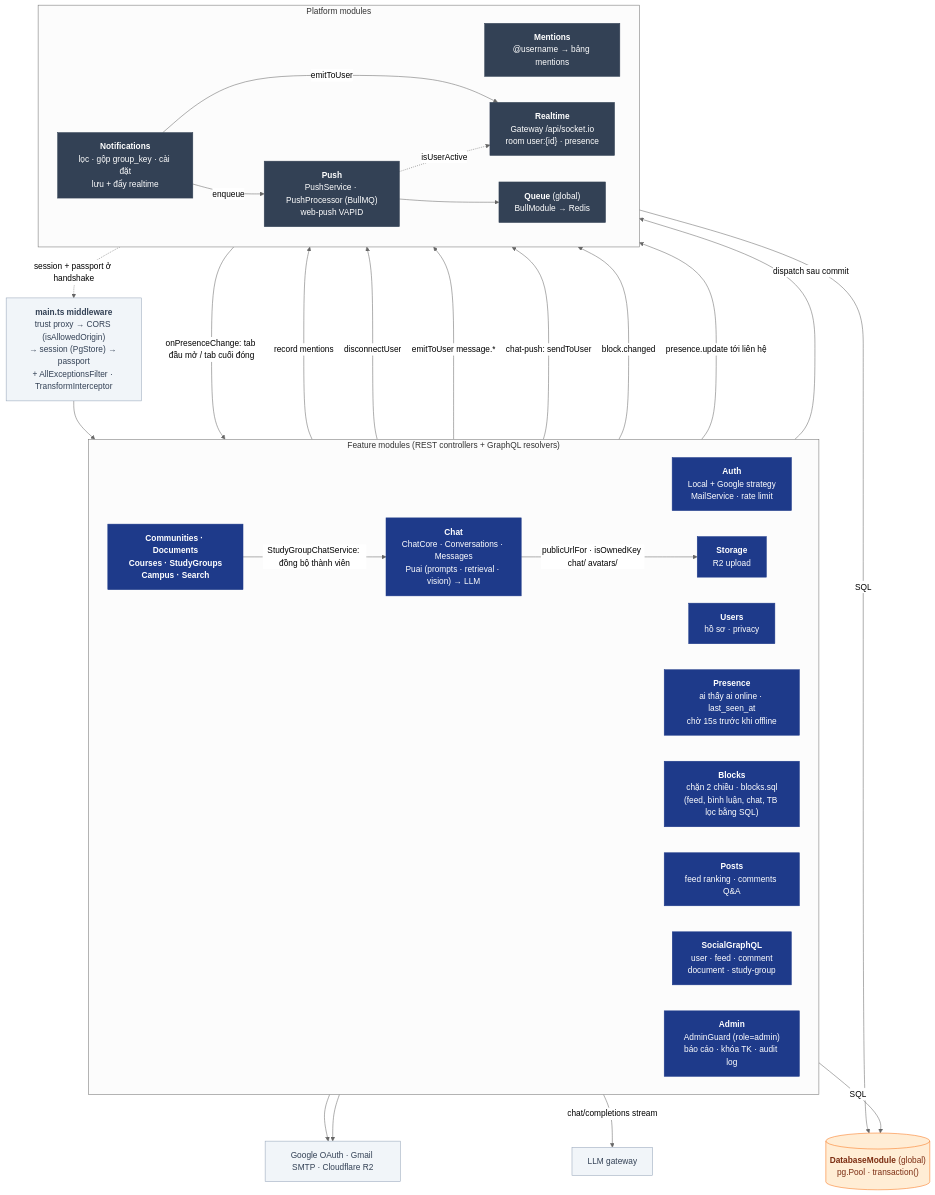
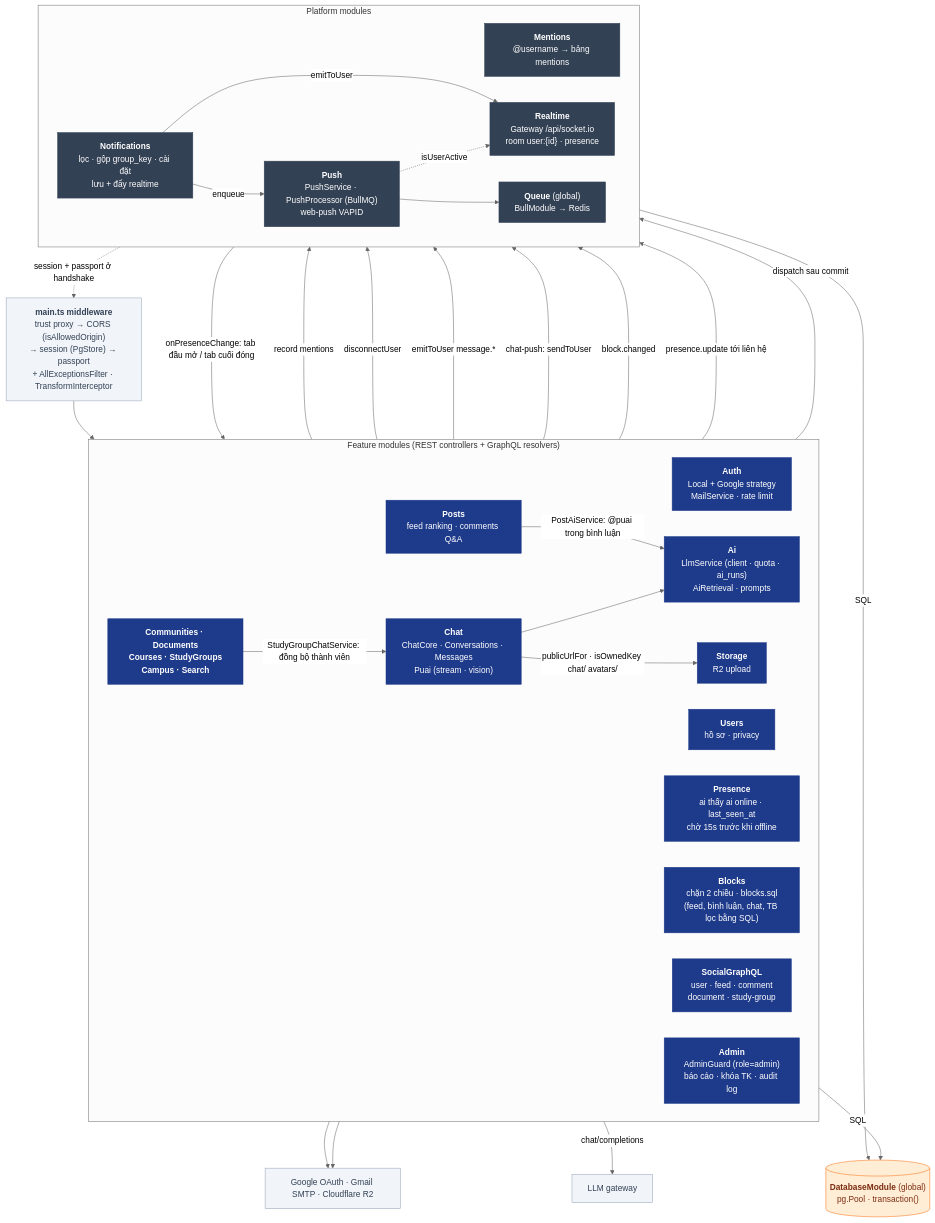
One commit to nhatcoi/pu-connect changed the diagram in docs/diagrams/03-api-components.md. Above: the diagram before and after it, drawn with Mermaid (neutral theme). The commit also changed other lines of this file and 2 other files, not shown here.

Commit message:
docs(ai): document @puai in comments and the shared AI module

````diff
--- a/docs/diagrams/03-api-components.md
+++ b/docs/diagrams/03-api-components.md
@@ -7,58 +7,61 @@
 ```mermaid
 flowchart TB
   mw["<b>main.ts middleware</b><br/>trust proxy → CORS (isAllowedOrigin)<br/>→ session (PgStore) → passport<br/>+ AllExceptionsFilter · TransformInterceptor"]
 
   subgraph Feature["Feature modules (REST controllers + GraphQL resolvers)"]
     direction LR
     auth["<b>Auth</b><br/>Local + Google strategy<br/>MailService · rate limit"]
     users["<b>Users</b><br/>hồ sơ · privacy"]
     presence["<b>Presence</b><br/>ai thấy ai online · last_seen_at<br/>chờ 15s trước khi offline"]
     blocks["<b>Blocks</b><br/>chặn 2 chiều · blocks.sql<br/>(feed, bình luận, chat, TB lọc bằng SQL)"]
     posts["<b>Posts</b><br/>feed ranking · comments Q&A"]
     gql["<b>SocialGraphQL</b><br/>user · feed · comment<br/>document · study-group"]
     others["<b>Communities · Documents<br/>Courses · StudyGroups<br/>Campus · Search</b>"]
     storage["<b>Storage</b><br/>R2 upload"]
     admin["<b>Admin</b><br/>AdminGuard (role=admin)<br/>báo cáo · khóa TK · audit log"]
-    chat["<b>Chat</b><br/>ChatCore · Conversations · Messages<br/>Puai (prompts · retrieval · vision) → LLM"]
+    chat["<b>Chat</b><br/>ChatCore · Conversations · Messages<br/>Puai (stream · vision)"]
+    ai["<b>Ai</b><br/>LlmService (client · quota · ai_runs)<br/>AiRetrieval · prompts"]
   end
 
   subgraph Platform["Platform modules"]
     direction LR
     mentions["<b>Mentions</b><br/>@username → bảng mentions"]
     notif["<b>Notifications</b><br/>lọc · gộp group_key · cài đặt<br/>lưu + đẩy realtime"]
     rt["<b>Realtime</b><br/>Gateway /api/socket.io<br/>room user:{id} · presence"]
     push["<b>Push</b><br/>PushService · PushProcessor (BullMQ)<br/>web-push VAPID"]
     queue["<b>Queue</b> (global)<br/>BullModule → Redis"]
   end
 
   db[("<b>DatabaseModule</b> (global)<br/>pg.Pool · transaction()")]
   ext["Google OAuth · Gmail SMTP · Cloudflare R2"]
 
   mw --> Feature
   posts -->|record mentions| mentions
   Feature -->|dispatch sau commit| notif -->|emitToUser| rt
   notif -->|enqueue| push --> queue
   push -. isUserActive .-> rt
   rt -. session + passport ở handshake .-> mw
   Feature -->|SQL| db
   Platform -->|SQL| db
   auth & storage --> ext
   admin -->|disconnectUser| rt
   chat -->|emitToUser message.*| rt
   chat -->|chat-push: sendToUser| push
-  chat -->|chat/completions stream| llm["LLM gateway"]
+  chat --> ai
+  posts -->|PostAiService: @puai trong bình luận| ai
+  ai -->|chat/completions| llm["LLM gateway"]
   chat -->|publicUrlFor · isOwnedKey chat/ avatars/| storage
   others -->|StudyGroupChatService: đồng bộ thành viên| chat
   blocks -->|block.changed| rt
   rt -->|onPresenceChange: tab đầu mở / tab cuối đóng| presence
   presence -->|presence.update tới liên hệ| rt
 
   classDef mod fill:#1e3a8a,stroke:#1e3a8a,color:#fff
   classDef plat fill:#334155,stroke:#334155,color:#fff
   classDef store fill:#ffedd5,stroke:#f97316,color:#7c2d12
   classDef external fill:#f1f5f9,stroke:#94a3b8,color:#334155
-  class auth,users,blocks,presence,posts,communities,others,storage,gql,admin,chat mod
+  class auth,users,blocks,presence,ai,posts,communities,others,storage,gql,admin,chat mod
   class mentions,notif,rt,push,queue plat
   class db store
   class ext,mw,llm external
 ```
````
